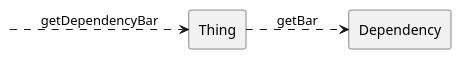
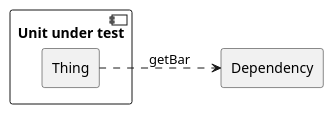
One commit to skiffek/easy-unit-tests changed the diagram in diagrams/05-query-outgoing.puml. Above: the diagram before and after it, drawn with PlantUML. The commit also changed 36 other files, not shown here.

```diff
--- a/diagrams/05-query-outgoing.puml
+++ b/diagrams/05-query-outgoing.puml
@@ -1,13 +1,13 @@
 @startuml communication
 skinparam linestyle ortho
 left to right direction
 
-label " " as external
-rectangle "Thing" as thing
+component "Unit under test" {
+  rectangle "Thing" as thing
+}
 rectangle "Dependency" as dependency
 
-external -[dashed]-> thing: getDependencyBar
 thing -[dashed]-> dependency: getBar
 
 
 @enduml
```
